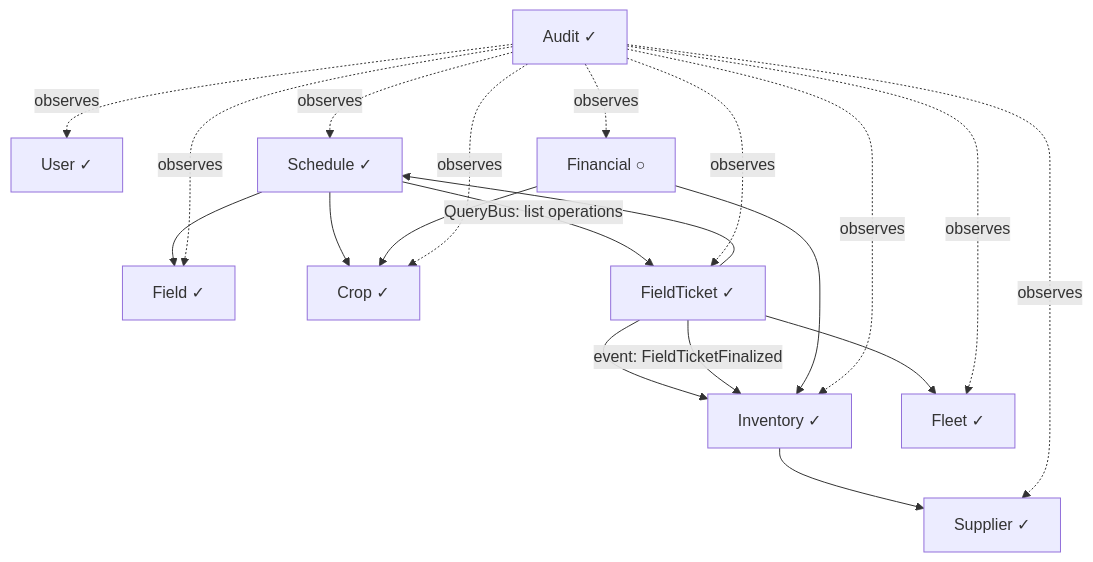
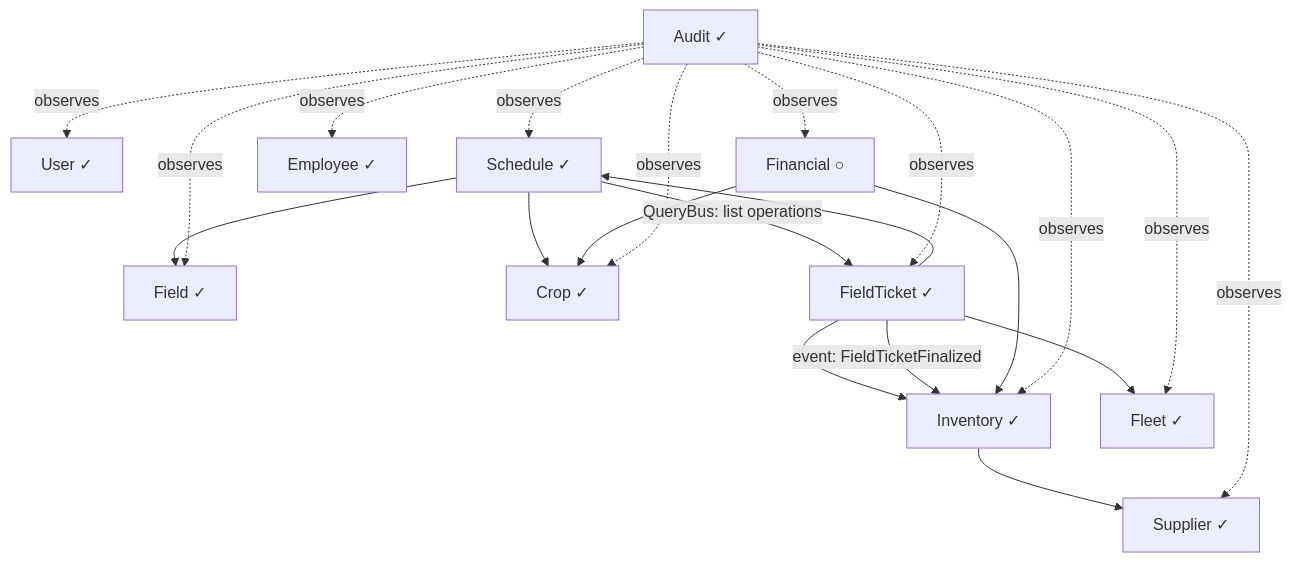
The diagram in architecture.md (fellipefreiire/farm-app-docs), drawn with Mermaid before and after one commit. The commit also changed other lines of this file and 142 other files, not shown here.

````diff
--- a/architecture.md
+++ b/architecture.md
@@ -28,33 +29,35 @@
 ```mermaid
 graph TD
   User[User ✓]
   Field[Field ✓]
   Crop[Crop ✓]
   Audit[Audit ✓]
   Schedule[Schedule ✓]
   FieldTicket[FieldTicket ✓]
   Inventory[Inventory ✓]
   Supplier[Supplier ✓]
   Fleet[Fleet ✓]
+  Employee[Employee ✓]
   Financial[Financial ○]
 
   Schedule --> Field
   Schedule --> Crop
   Schedule -->|QueryBus: list operations| FieldTicket
   FieldTicket --> Schedule
   FieldTicket --> Fleet
   FieldTicket --> Inventory
   FieldTicket -->|event: FieldTicketFinalized| Inventory
   Financial --> Inventory
   Financial --> Crop
   Inventory --> Supplier
   Audit -.->|observes| User
   Audit -.->|observes| Field
   Audit -.->|observes| Crop
   Audit -.->|observes| Schedule
   Audit -.->|observes| FieldTicket
   Audit -.->|observes| Inventory
   Audit -.->|observes| Supplier
   Audit -.->|observes| Fleet
+  Audit -.->|observes| Employee
   Audit -.->|observes| Financial
 ```
````
